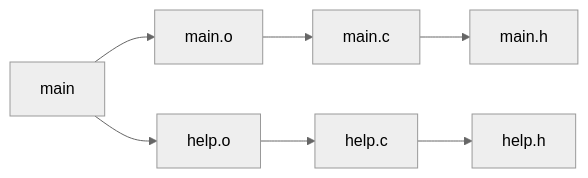
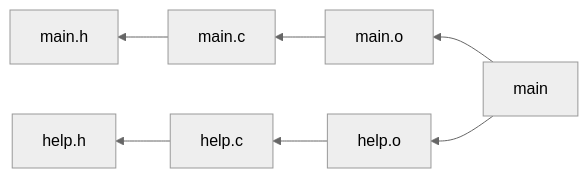
One commit to kohheekyung/kohheekyung.github.io changed the diagram in tab_develope/3DSlicer/file3.md. Above: the diagram before and after it, drawn with Mermaid (neutral theme). The commit also changed other lines of this file, not shown here.

````diff
--- a/tab_develope/3DSlicer/file3.md
+++ b/tab_develope/3DSlicer/file3.md
@@ -31,9 +15,9 @@
 ```mermaid
-graph LR
+graph RL
 A[main] -->B[main.o]
 A[main] -->C[help.o]
     B --> D[main.c]
     C --> E[help.c]
     D --> F[main.h]
     E --> G[help.h]
 ```
````
